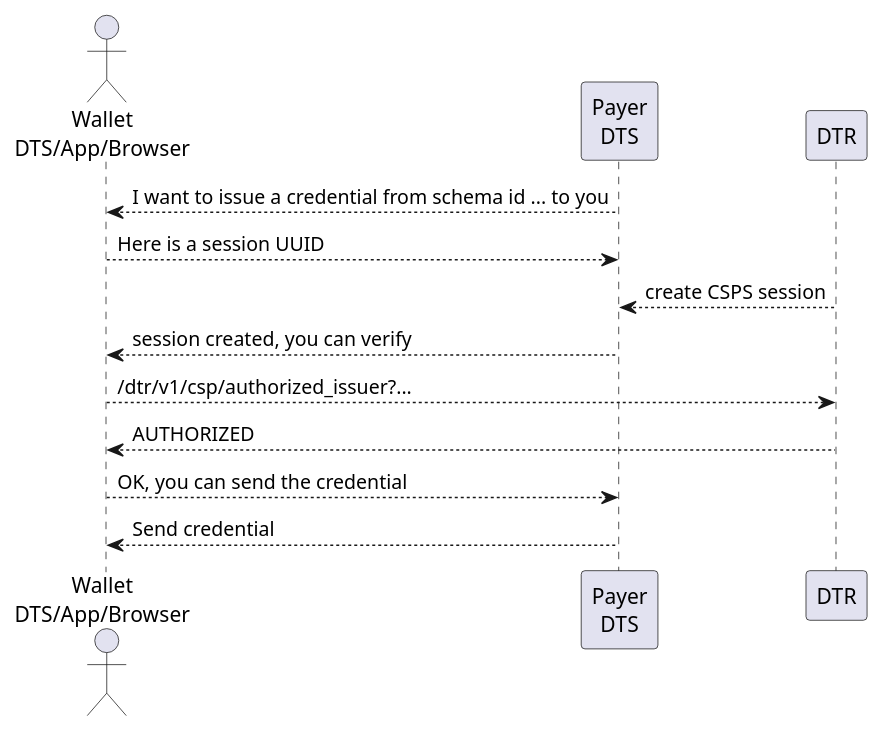
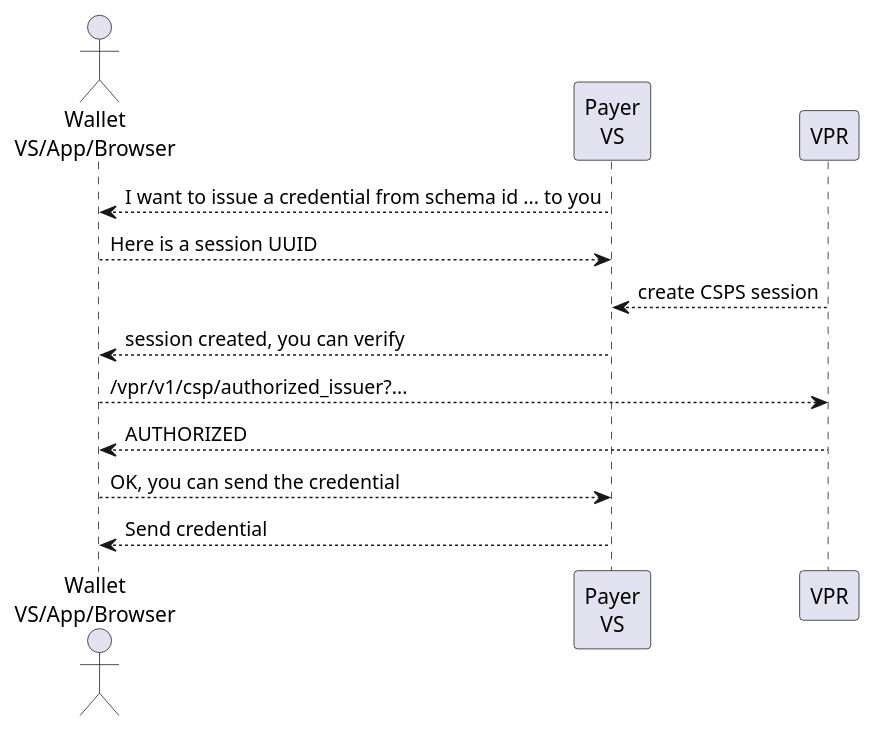
Before and after one commit to verana-labs/verifiable-trust-vpr-spec: the seventh of 12 diagrams in spec.md, drawn with PlantUML. The commit also changed other lines of this file and 1 other file, not shown here.

````diff
--- a/spec.md
+++ b/spec.md
@@ -1686,17 +1686,17 @@
 ```plantuml
 scale max 800 width
-actor "Wallet\nDTS/App/Browser" as Issued 
-participant "Payer\nDTS" as Issuer 
-participant "DTR" as dtr 
+actor "Wallet\nVS/App/Browser" as Issued 
+participant "Payer\nVS" as Issuer 
+participant "VPR" as vpr 
 
 
 Issued <-- Issuer: I want to issue a credential from schema id ... to you
 Issued --> Issuer: Here is a session UUID
-Issuer <-- dtr: create CSPS session
+Issuer <-- vpr: create CSPS session
 Issued <-- Issuer: session created, you can verify
-Issued --> dtr: /dtr/v1/csp/authorized_issuer?...
-Issued <-- dtr: AUTHORIZED
+Issued --> vpr: /vpr/v1/csp/authorized_issuer?...
+Issued <-- vpr: AUTHORIZED
 Issued --> Issuer: OK, you can send the credential
 Issued <-- Issuer: Send credential
 
 ```
````
